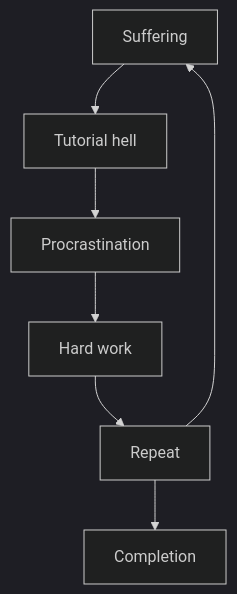
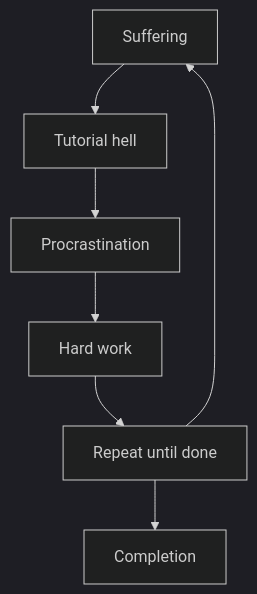
One commit to spartanproj/decentralized-chat changed the diagram in README.md. Above: the diagram before and after it, drawn with Mermaid (dark theme).

Commit message:
Update README.md
tiny change, Repeat to repeat until done

````diff
--- a/README.md
+++ b/README.md
@@ -6,15 +6,15 @@
 ```mermaid
 graph TD
 A[Suffering];
 B[Completion];
 C[Tutorial hell];
 D[Procrastination];
 E[Hard work];
-F[Repeat];
+F[Repeat until done];
 A-->C;
 C-->D;
 D-->E;
 E-->F;
 F-->A;
 F-->B;
 ```
````
